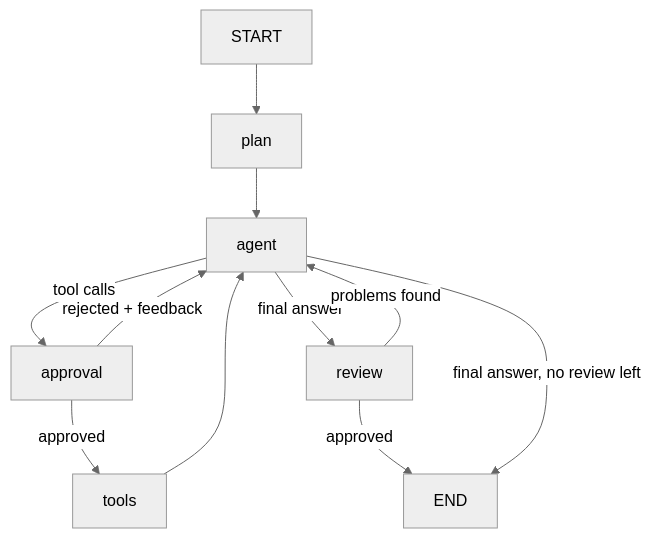
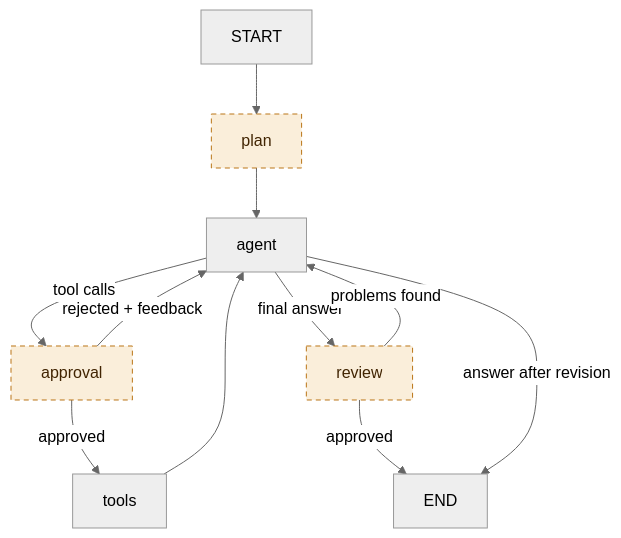
One commit to sztistvan/agentic-loop-explained changed the second of 2 diagrams in docs/05-behaviours.md. Above: the diagram before and after it, drawn with Mermaid (neutral theme). The commit also changed other lines of this file and 1 other file, not shown here.

First line of the commit message:
Compare the default and extended graphs in the docs

````diff
--- a/docs/05-behaviours.md
+++ b/docs/05-behaviours.md
@@ -19,13 +33,15 @@
 ```mermaid
 flowchart TD
     START --> plan
     plan --> agent
     agent -->|tool calls| approval
     approval -->|approved| tools
     approval -->|rejected + feedback| agent
     tools --> agent
     agent -->|final answer| review
     review -->|approved| END
     review -->|problems found| agent
-    agent -->|final answer, no review left| END
+    agent -->|answer after revision| END
+    classDef optional stroke-dasharray:5 4,fill:#faeeda,stroke:#ba7517,color:#412402
+    class plan,approval,review optional
 ```
````
